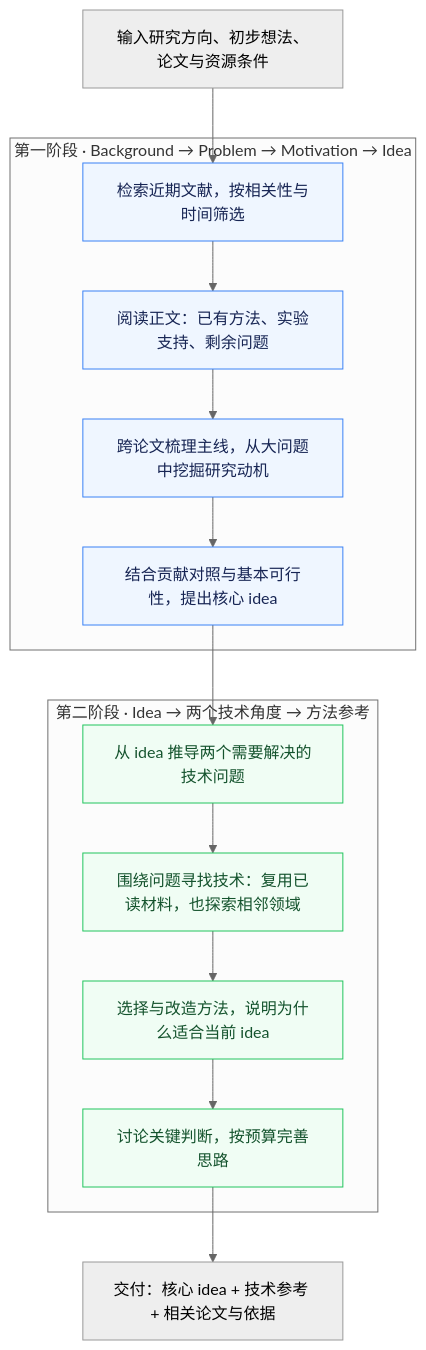
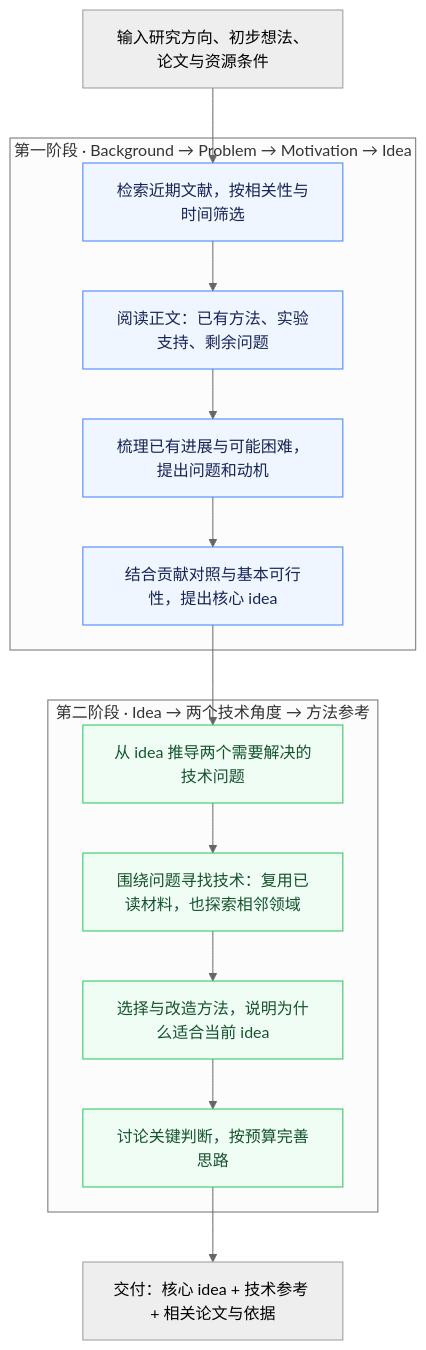
The diagram in README.md (ghh1125/Research-idea), drawn with Mermaid (neutral theme) before and after one commit. The commit also changed other lines of this file and 15 other files, not shown here.

````diff
--- a/README.md
+++ b/README.md
@@ -35,26 +35,26 @@
 ```mermaid
 flowchart TD
     U["输入研究方向、初步想法、论文与资源条件"]
     subgraph S1["第一阶段 · Background → Problem → Motivation → Idea"]
         A["检索近期文献，按相关性与时间筛选"]
         B["阅读正文：已有方法、实验支持、剩余问题"]
-        C["跨论文梳理主线，从大问题中挖掘研究动机"]
+        C["梳理已有进展与可能困难，提出问题和动机"]
         D["结合贡献对照与基本可行性，提出核心 idea"]
         A --> B --> C --> D
     end
     subgraph S2["第二阶段 · Idea → 两个技术角度 → 方法参考"]
         E["从 idea 推导两个需要解决的技术问题"]
         F["围绕问题寻找技术：复用已读材料，也探索相邻领域"]
         G["选择与改造方法，说明为什么适合当前 idea"]
         H["讨论关键判断，按预算完善思路"]
         E --> F --> G --> H
     end
     O["交付：核心 idea + 技术参考 + 相关论文与依据"]
     U --> A
     D --> E
     H --> O
     classDef concept fill:#eff6ff,stroke:#3b82f6,color:#172554
     classDef design fill:#f0fdf4,stroke:#22c55e,color:#14532d
     class A,B,C,D concept
     class E,F,G,H design
 ```
````
